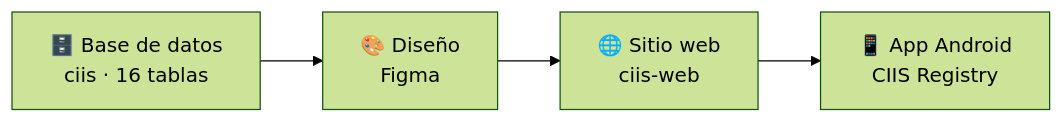
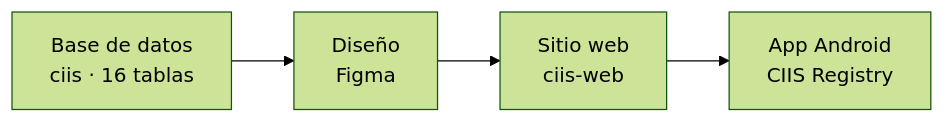
One commit to InesLlergo/CIIS-Register changed the second of 3 diagrams in README.md. Above: the diagram before and after it, drawn with Mermaid (forest theme). The commit also changed other lines of this file, not shown here.

````diff
--- a/README.md
+++ b/README.md
@@ -275,6 +275,6 @@
 ```mermaid
 flowchart LR
-    A["🗄️ Base de datos<br/>ciis · 16 tablas"] --> B["🎨 Diseño<br/>Figma"]
-    B --> C["🌐 Sitio web<br/>ciis-web"]
-    C --> D["📱 App Android<br/>CIIS Registry"]
+    A["Base de datos<br/>ciis · 16 tablas"] --> B["Diseño<br/>Figma"]
+    B --> C["Sitio web<br/>ciis-web"]
+    C --> D["App Android<br/>CIIS Registry"]
 ```
````
